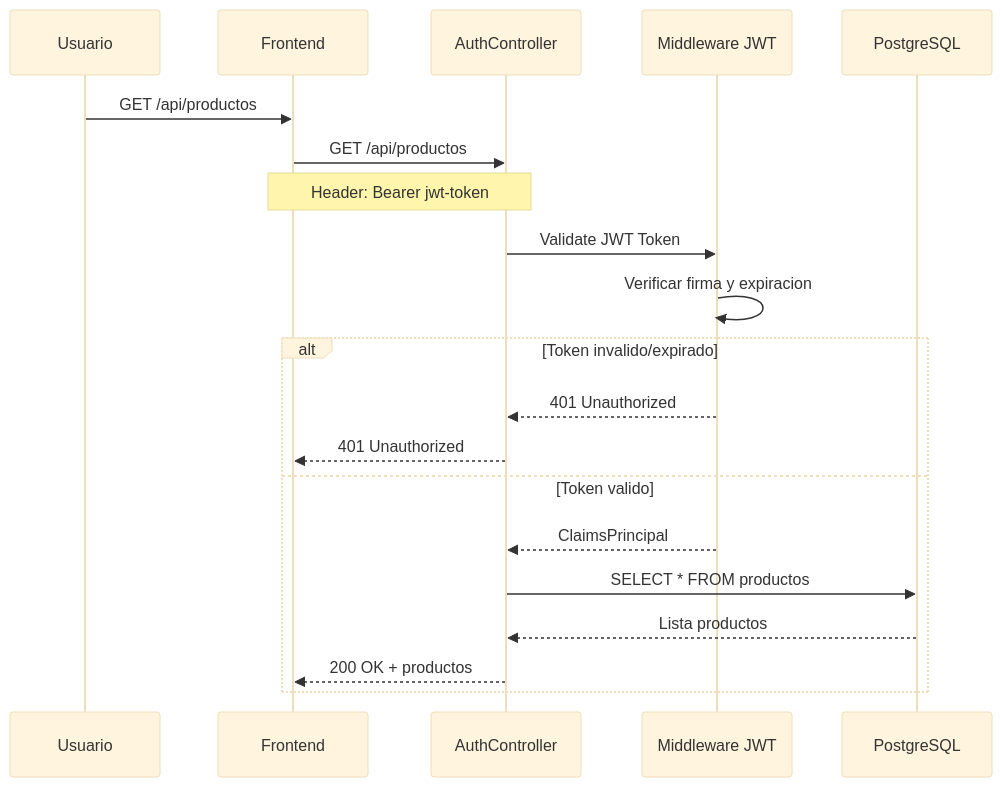
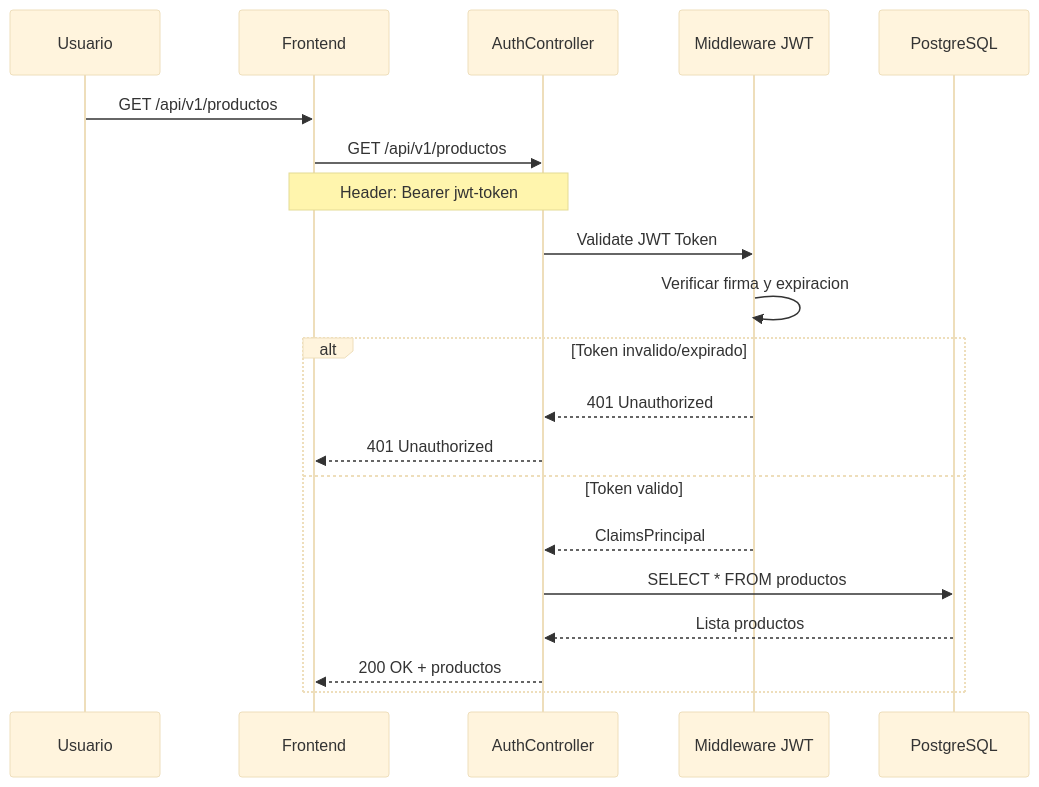
The seventh of 29 diagrams in doc/15-jwt-authentication.md (joseluisgs/TiendaDawApi-NetCore), drawn with Mermaid (base theme) before and after one commit. The commit also changed other lines of this file and 237 other files, not shown here.

````diff
--- a/doc/15-jwt-authentication.md
+++ b/doc/15-jwt-authentication.md
@@ -393,26 +393,26 @@
 ```mermaid
 sequenceDiagram
     participant U as Usuario
     participant C as Frontend
     participant A as AuthController
     participant M as Middleware JWT
     participant DB as PostgreSQL
     
-    U->>C: GET /api/productos
-    C->>A: GET /api/productos
+    U->>C: GET /api/v1/productos
+    C->>A: GET /api/v1/productos
     
     Note over C,A: Header: Bearer jwt-token
     
     A->>M: Validate JWT Token
     M->>M: Verificar firma y expiracion
     
     alt Token invalido/expirado
         M-->>A: 401 Unauthorized
         A-->>C: 401 Unauthorized
     else Token valido
         M-->>A: ClaimsPrincipal
         A->>DB: SELECT * FROM productos
         DB-->>A: Lista productos
         A-->>C: 200 OK + productos
     end
 ```
````
